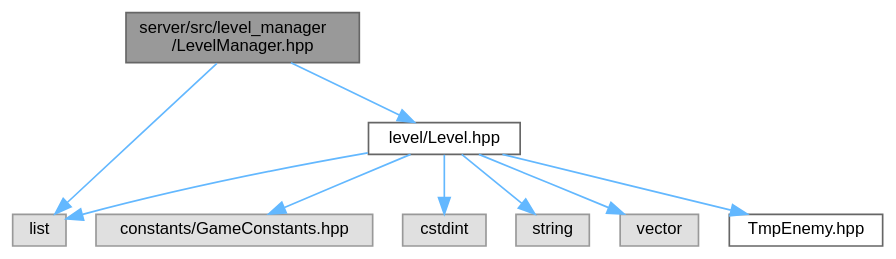
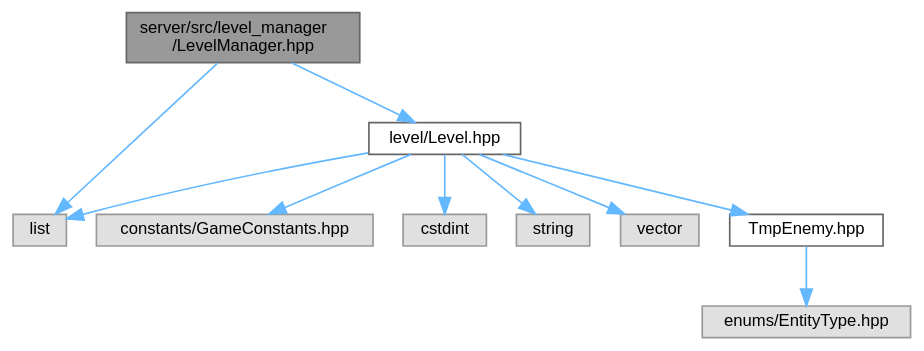
The diagram in LevelManager_8hpp__incl.dot (Houpsi/R-Type), drawn with Graphviz before and after one commit. The commit also changed 216 other files, not shown here.

```diff
--- a/LevelManager_8hpp__incl.dot
+++ b/LevelManager_8hpp__incl.dot
@@ -1,23 +1,25 @@
 digraph "server/src/level_manager/LevelManager.hpp"
 {
  // LATEX_PDF_SIZE
   bgcolor="transparent";
   edge [fontname=Helvetica,fontsize=10,labelfontname=Helvetica,labelfontsize=10];
   node [fontname=Helvetica,fontsize=10,shape=box,height=0.2,width=0.4];
   Node1 [id="Node000001",label="server/src/level_manager\l/LevelManager.hpp",height=0.2,width=0.4,color="gray40", fillcolor="grey60", style="filled", fontcolor="black",tooltip=" "];
   Node1 -> Node2 [id="edge1_Node000001_Node000002",color="steelblue1",style="solid",tooltip=" "];
   Node2 [id="Node000002",label="level/Level.hpp",height=0.2,width=0.4,color="grey40", fillcolor="white", style="filled",URL="$Level_8hpp.html",tooltip=" "];
   Node2 -> Node3 [id="edge2_Node000002_Node000003",color="steelblue1",style="solid",tooltip=" "];
   Node3 [id="Node000003",label="constants/GameConstants.hpp",height=0.2,width=0.4,color="grey60", fillcolor="#E0E0E0", style="filled",tooltip=" "];
   Node2 -> Node4 [id="edge3_Node000002_Node000004",color="steelblue1",style="solid",tooltip=" "];
   Node4 [id="Node000004",label="cstdint",height=0.2,width=0.4,color="grey60", fillcolor="#E0E0E0", style="filled",tooltip=" "];
   Node2 -> Node5 [id="edge4_Node000002_Node000005",color="steelblue1",style="solid",tooltip=" "];
   Node5 [id="Node000005",label="list",height=0.2,width=0.4,color="grey60", fillcolor="#E0E0E0", style="filled",tooltip=" "];
   Node2 -> Node6 [id="edge5_Node000002_Node000006",color="steelblue1",style="solid",tooltip=" "];
   Node6 [id="Node000006",label="string",height=0.2,width=0.4,color="grey60", fillcolor="#E0E0E0", style="filled",tooltip=" "];
   Node2 -> Node7 [id="edge6_Node000002_Node000007",color="steelblue1",style="solid",tooltip=" "];
   Node7 [id="Node000007",label="vector",height=0.2,width=0.4,color="grey60", fillcolor="#E0E0E0", style="filled",tooltip=" "];
   Node2 -> Node8 [id="edge7_Node000002_Node000008",color="steelblue1",style="solid",tooltip=" "];
   Node8 [id="Node000008",label="TmpEnemy.hpp",height=0.2,width=0.4,color="grey40", fillcolor="white", style="filled",URL="$TmpEnemy_8hpp.html",tooltip=" "];
-  Node1 -> Node5 [id="edge8_Node000001_Node000005",color="steelblue1",style="solid",tooltip=" "];
+  Node8 -> Node9 [id="edge8_Node000008_Node000009",color="steelblue1",style="solid",tooltip=" "];
+  Node9 [id="Node000009",label="enums/EntityType.hpp",height=0.2,width=0.4,color="grey60", fillcolor="#E0E0E0", style="filled",tooltip=" "];
+  Node1 -> Node5 [id="edge9_Node000001_Node000005",color="steelblue1",style="solid",tooltip=" "];
 }
```
